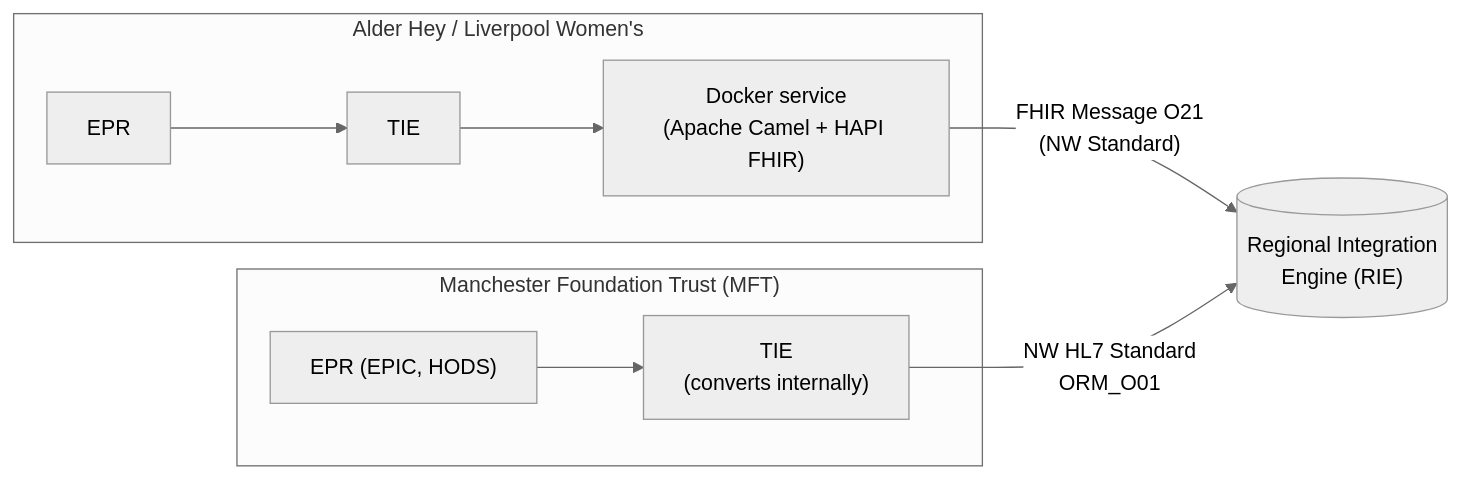
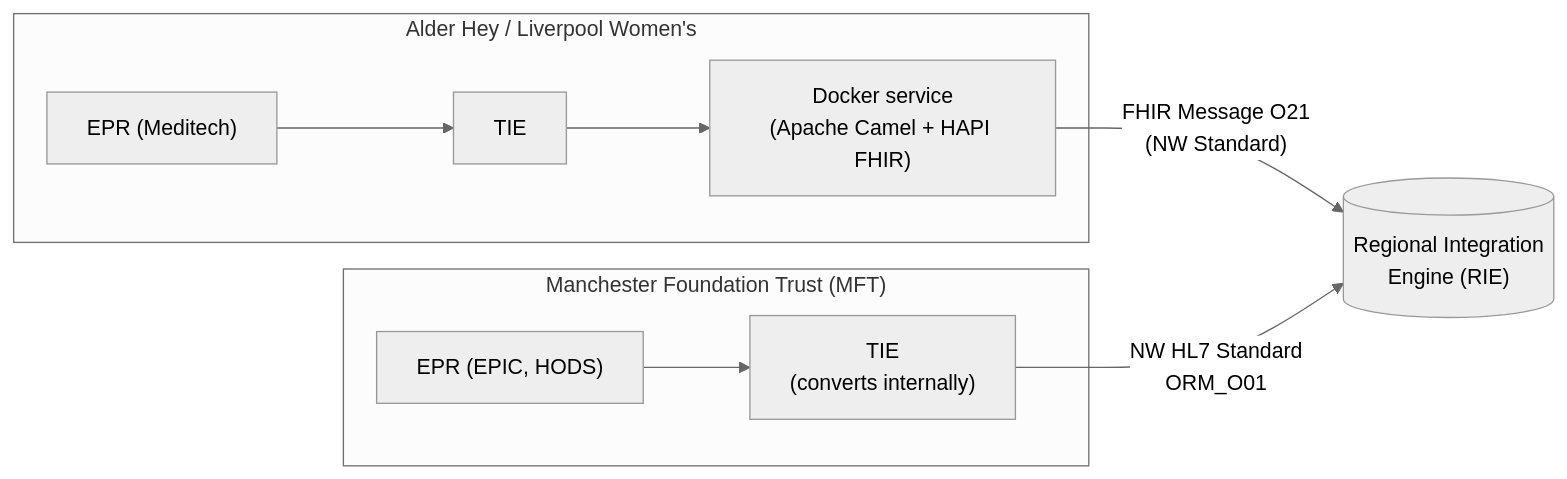
The second of 3 diagrams in input/pagecontent/RegionalOrdersAndReports.md (nw-gmsa/nw-gmsa.github.com), drawn with Mermaid (neutral theme) before and after one commit. The commit also changed other lines of this file, not shown here.

First line of the commit message:
Remove duplicate order flow from Report Process diagram and add TIE/EPR routing

````diff
--- a/input/pagecontent/RegionalOrdersAndReports.md
+++ b/input/pagecontent/RegionalOrdersAndReports.md
@@ -87,11 +87,11 @@
 ```mermaid
 flowchart LR
     subgraph AH["Alder Hey / Liverpool Women's"]
-        EPR1[EPR] --> TIE1[TIE] --> Conv["Docker service<br/>(Apache Camel + HAPI FHIR)"]
+        EPR1["EPR (Meditech)"] --> TIE1[TIE] --> Conv["Docker service<br/>(Apache Camel + HAPI FHIR)"]
     end
     subgraph MFT["Manchester Foundation Trust (MFT)"]
         EPR2["EPR (EPIC, HODS)"] --> TIE2["TIE<br/>(converts internally)"]
     end
     Conv -- "FHIR Message O21<br/>(NW Standard)" --> RIE[("Regional Integration<br/>Engine (RIE)")]
     TIE2 -- "NW HL7 Standard<br/>ORM_O01" --> RIE
 ```
````
